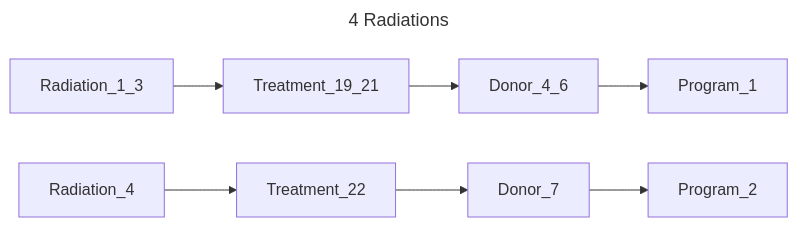
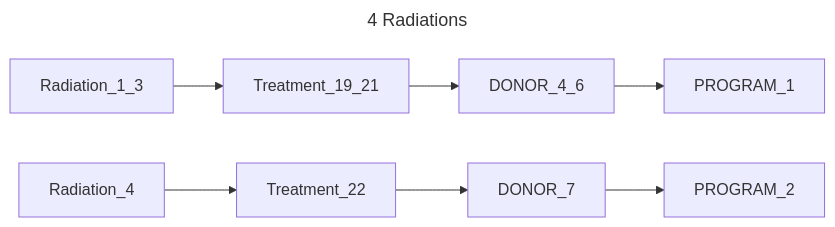
The ninth of 14 diagrams in chord_metadata_service/mohpackets/data/small_dataset/README.md (CanDIG/katsu), drawn with Mermaid before and after one commit. The commit also changed other lines of this file and 2 other files, not shown here.

Commit message:
check mermaid diagrams

````diff
--- a/chord_metadata_service/mohpackets/data/small_dataset/README.md
+++ b/chord_metadata_service/mohpackets/data/small_dataset/README.md
@@ -148,8 +156,8 @@
 ```mermaid
 ---
 title: 4 Radiations
 ---
 graph LR;  
-  Radiation_1_3 --> Treatment_19_21 --> Donor_4_6 --> Program_1;  
-  Radiation_4 --> Treatment_22 --> Donor_7 --> Program_2; 
+  Radiation_1_3 --> Treatment_19_21 --> DONOR_4_6 --> PROGRAM_1;  
+  Radiation_4 --> Treatment_22 --> DONOR_7 --> PROGRAM_2; 
 ```
````
